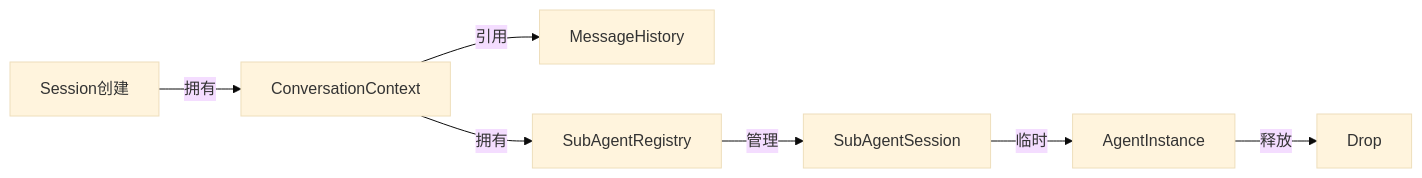
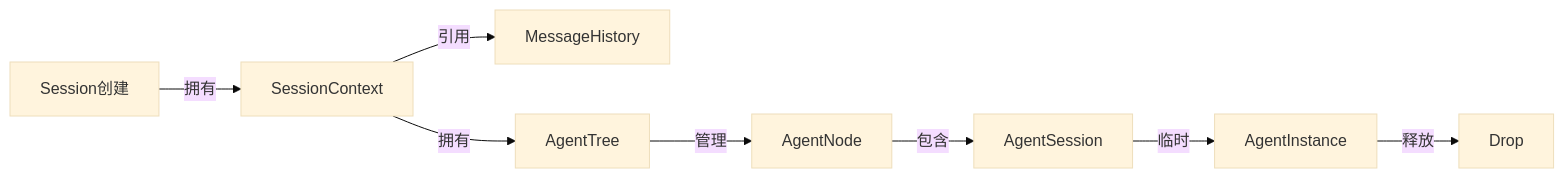
Before and after one commit to MiyakoMeow/neco: the second of 15 diagrams in progress/TECH.md, drawn with Mermaid (base theme). The commit also changed other lines of this file and 1 other file, not shown here.

````diff
--- a/progress/TECH.md
+++ b/progress/TECH.md
@@ -113,9 +224,10 @@
 ```mermaid
 graph LR
-    A[Session创建] -->|拥有| B[ConversationContext]
+    A[Session创建] -->|拥有| B[SessionContext]
     B -->|引用| C[MessageHistory]
-    B -->|拥有| D[SubAgentRegistry]
-    D -->|管理| E[SubAgentSession]
-    E -->|临时| F[AgentInstance]
-    F -->|释放| G[Drop]
+    B -->|拥有| D[AgentTree]
+    D -->|管理| E[AgentNode]
+    E -->|包含| F[AgentSession]
+    F -->|临时| G[AgentInstance]
+    G -->|释放| H[Drop]
 ```
````
